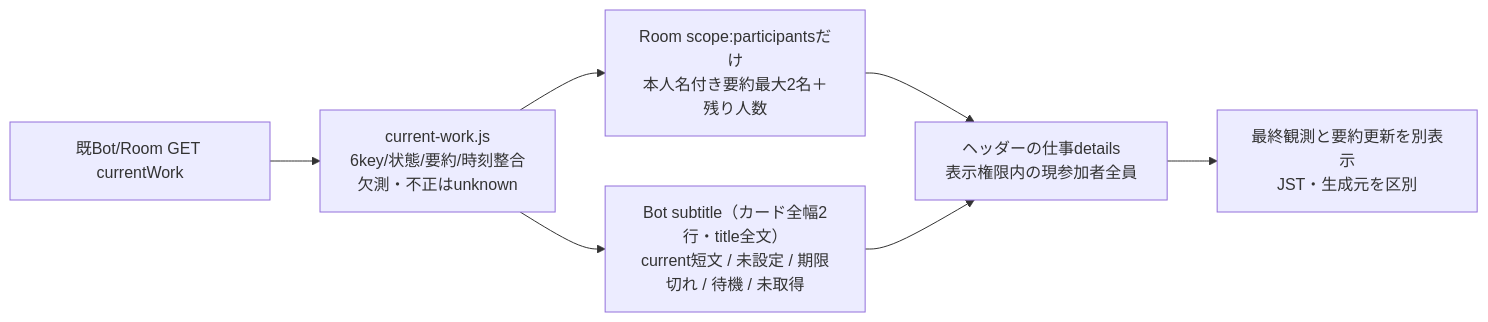
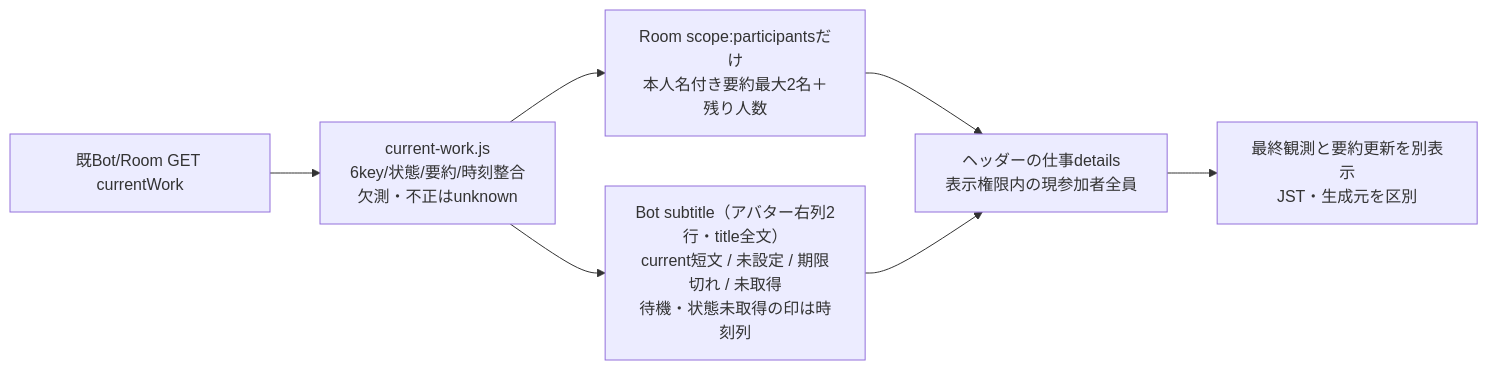
Before and after one commit to kitepon/BellTeam: the second of 3 diagrams in docs/architecture/modules/web/apple-parity.md, drawn with Mermaid. The commit also changed other lines of this file and 4 other files, not shown here.

````diff
--- a/docs/architecture/modules/web/apple-parity.md
+++ b/docs/architecture/modules/web/apple-parity.md
@@ -89,9 +89,9 @@
 ```mermaid
 flowchart LR
   GET["既Bot/Room GET currentWork"] --> Boundary["current-work.js<br/>6key/状態/要約/時刻整合<br/>欠測・不正はunknown"]
-  Boundary --> Bot["Bot subtitle（カード全幅2行・title全文）<br/>current短文 / 未設定 / 期限切れ / 待機 / 未取得"]
+  Boundary --> Bot["Bot subtitle（アバター右列2行・title全文）<br/>current短文 / 未設定 / 期限切れ / 未取得<br/>待機・状態未取得の印は時刻列"]
   Boundary --> Room["Room scope:participantsだけ<br/>本人名付き要約最大2名＋残り人数"]
   Room --> Detail["ヘッダーの仕事details<br/>表示権限内の現参加者全員"]
   Bot --> Detail
   Detail --> Times["最終観測と要約更新を別表示<br/>JST・生成元を区別"]
 ```
````
